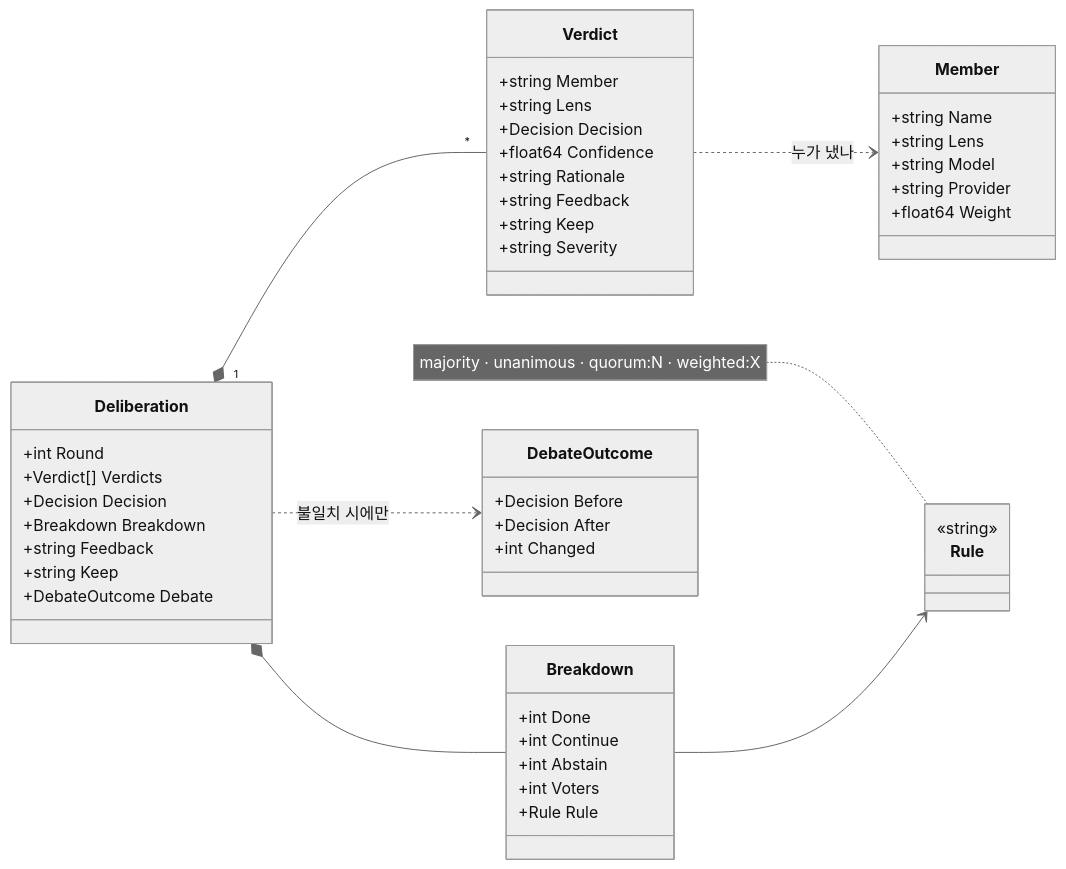
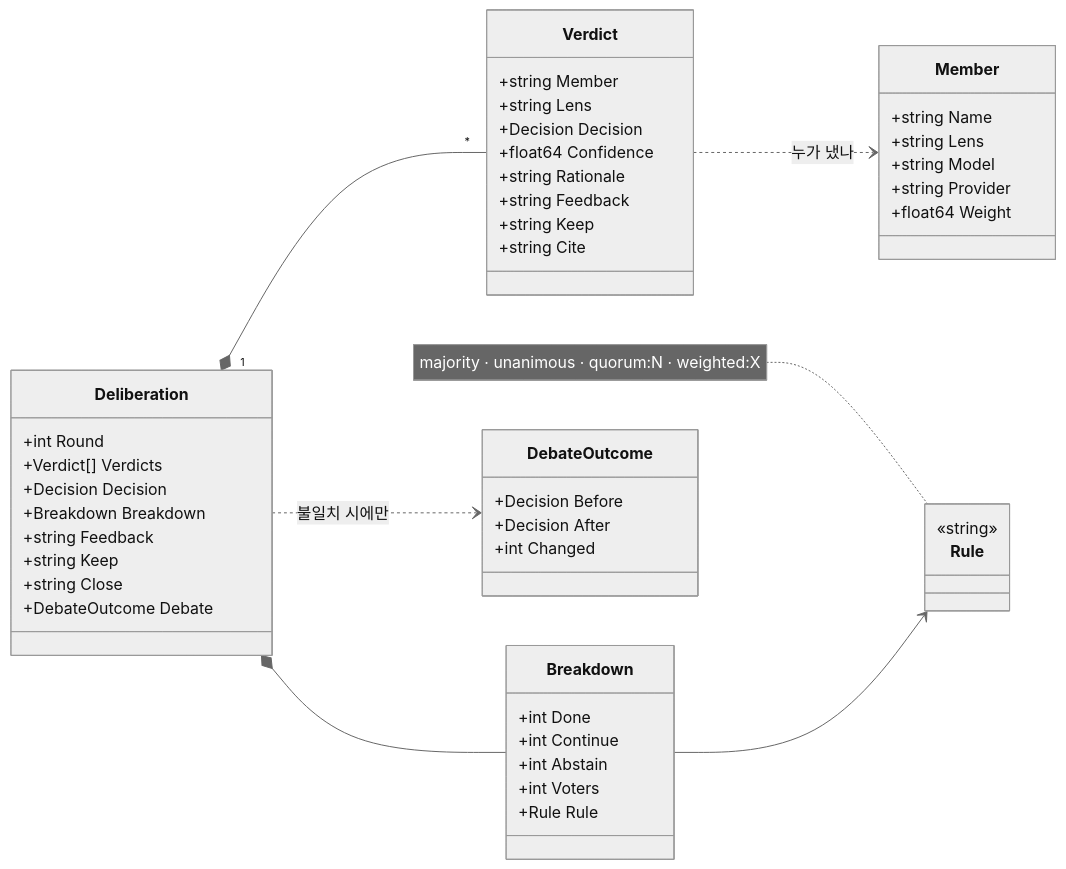
Before and after one commit to sayaya1090/magi: the seventh of 18 diagrams in docs/DIAGRAMS.ko.md, drawn with Mermaid. The commit also changed other lines of this file and 11 other files, not shown here.

````diff
--- a/docs/DIAGRAMS.ko.md
+++ b/docs/DIAGRAMS.ko.md
@@ -342,52 +343,53 @@
 ```mermaid
 %%{init: {'theme':'neutral'}}%%
 classDiagram
   direction LR
   class Member {
     +string Name
     +string Lens
     +string Model
     +string Provider
     +float64 Weight
   }
   class Verdict {
     +string Member
     +string Lens
     +Decision Decision
     +float64 Confidence
     +string Rationale
     +string Feedback
     +string Keep
-    +string Severity
+    +string Cite
   }
   class Breakdown {
     +int Done
     +int Continue
     +int Abstain
     +int Voters
     +Rule Rule
   }
   class Deliberation {
     +int Round
     +Verdict[] Verdicts
     +Decision Decision
     +Breakdown Breakdown
     +string Feedback
     +string Keep
+    +string Close
     +DebateOutcome Debate
   }
   class Rule {
     <<string>>
   }
   note for Rule "majority · unanimous · quorum:N · weighted:X"
   class DebateOutcome {
     +Decision Before
     +Decision After
     +int Changed
   }
   Deliberation "1" *-- "*" Verdict
   Deliberation *-- Breakdown
   Breakdown --> Rule
   Verdict ..> Member : 누가 냈나
   Deliberation ..> DebateOutcome : 불일치 시에만
 ```
````
